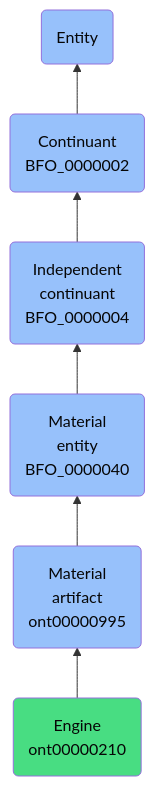
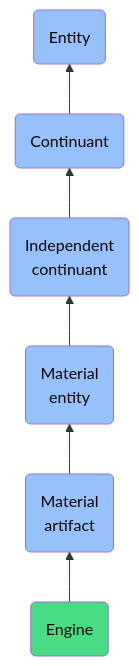
The diagram in docs/ontology/reference/model/Entity/Continuant/Independent continuant/Material entity/Material artifact/Engine/Engine.md (jupyter-naas/abi), drawn with Mermaid before and after one commit. The commit also changed other lines of this file and 1430 other files, not shown here.

````diff
--- a/docs/ontology/reference/model/Entity/Continuant/Independent continuant/Material entity/Material artifact/Engine/Engine.md
+++ b/docs/ontology/reference/model/Entity/Continuant/Independent continuant/Material entity/Material artifact/Engine/Engine.md
@@ -24,13 +24,13 @@
 ```mermaid
 graph BT
-    ont00000210(Engine<br>ont00000210):::ABI-->ont00000995
-    ont00000995(Material<br>artifact<br>ont00000995):::BFO-->BFO_0000040
-    BFO_0000040(Material<br>entity<br>BFO_0000040):::BFO-->BFO_0000004
-    BFO_0000004(Independent<br>continuant<br>BFO_0000004):::BFO-->BFO_0000002
-    BFO_0000002(Continuant<br>BFO_0000002):::BFO-->BFO_0000001
+    ont00000210(Engine):::ABI-->ont00000995
+    ont00000995(Material<br>artifact):::BFO-->BFO_0000040
+    BFO_0000040(Material<br>entity):::BFO-->BFO_0000004
+    BFO_0000004(Independent<br>continuant):::BFO-->BFO_0000002
+    BFO_0000002(Continuant):::BFO-->BFO_0000001
     BFO_0000001(Entity):::BFO
     
     classDef BFO fill:#97c1fb,color:#060606
     classDef CCO fill:#e4c51e,color:#060606
     classDef ABI fill:#48DD82,color:#060606
 ```
````
